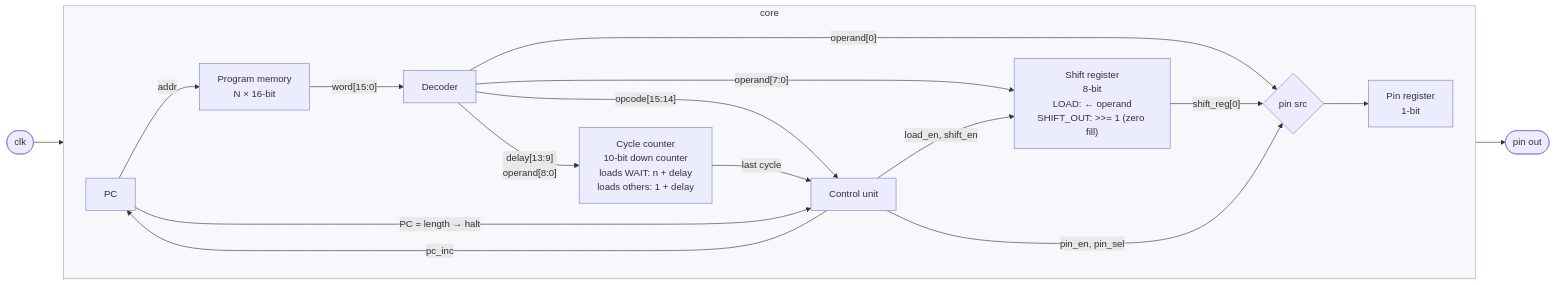
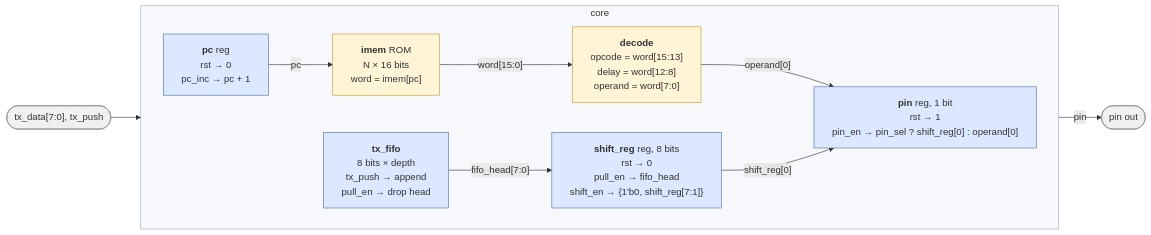
One commit to cshieldsce/smallcore changed the diagram in docs/core.mmd. Above: the diagram before and after it, drawn with Mermaid. The commit also changed 12 other files, not shown here.

First line of the commit message:
update diagrams for the 3 instruction isa

```diff
--- a/docs/core.mmd
+++ b/docs/core.mmd
@@ -1,24 +1,31 @@
+%%{init: {"flowchart": {"wrappingWidth": 320}}}%%
+%% Datapath at Verilog level. Blue = register (one always @(posedge clk)), yellow = combinational.
+%% Only data wires are drawn. The enables named inside each register (pull_en, shift_en,
+%% pin_en, pin_sel, pc_inc) come from the control block, see control.svg.
 flowchart LR
-  CLK(["clk"])
+  classDef reg fill:#dbe8ff,stroke:#4a6fa5
+  classDef comb fill:#fff4d6,stroke:#c49a2a
+  classDef ext fill:#f0f0f0,stroke:#888
+
+  TXIN(["tx_data[7:0], tx_push"]):::ext
 
   subgraph core["core"]
     direction LR
-    PC["PC"] -->|addr| IMEM["Program memory<br/>N × 16-bit"]
-    IMEM -->|"word[15:0]"| DEC["Decoder"]
-    DEC -->|"operand[7:0]"| SR["Shift register<br/>8-bit<br/>LOAD: ← operand<br/>SHIFT_OUT: >>= 1 (zero fill)"]
-    DEC -->|"operand[0]"| MUX{"pin src"}
-    SR -->|"shift_reg[0]"| MUX
-    MUX --> PIN["Pin register<br/>1-bit"]
-    DEC -->|"opcode[15:14]"| CU["Control unit"]
-    DEC -->|"delay[13:9]<br/>operand[8:0]"| CNT["Cycle counter<br/>10-bit down counter<br/>loads WAIT: n + delay<br/>loads others: 1 + delay"]
-    CNT -->|"last cycle"| CU
-    CU -->|"pin_en, pin_sel"| MUX
-    CU -->|"load_en, shift_en"| SR
-    CU -->|"pc_inc"| PC
-    PC -->|"PC = length → halt"| CU
+    PC["<b>pc</b> reg<br/>rst → 0<br/>pc_inc → pc + 1"]:::reg
+    IMEM["<b>imem</b> ROM<br/>N × 16 bits<br/>word = imem[pc]"]:::comb
+    DEC["<b>decode</b><br/>opcode = word[15:13]<br/>delay = word[12:8]<br/>operand = word[7:0]"]:::comb
+    FIFO["<b>tx_fifo</b><br/>8 bits × depth<br/>tx_push → append<br/>pull_en → drop head"]:::reg
+    SR["<b>shift_reg</b> reg, 8 bits<br/>rst → 0<br/>pull_en → fifo_head<br/>shift_en → {1'b0, shift_reg[7:1]}"]:::reg
+    PIN["<b>pin</b> reg, 1 bit<br/>rst → 1<br/>pin_en → pin_sel ? shift_reg[0] : operand[0]"]:::reg
+
+    PC -->|"pc"| IMEM
+    IMEM -->|"word[15:0]"| DEC
+    DEC -->|"operand[0]"| PIN
+    FIFO -->|"fifo_head[7:0]"| SR
+    SR -->|"shift_reg[0]"| PIN
   end
 
-  CLK --> core
-  PIN --> OUT(["pin out"])
+  TXIN --> FIFO
+  PIN -->|"pin"| OUT(["pin out"]):::ext
 
   style core fill:#f6f8fb,stroke:#9aa7b8
```
